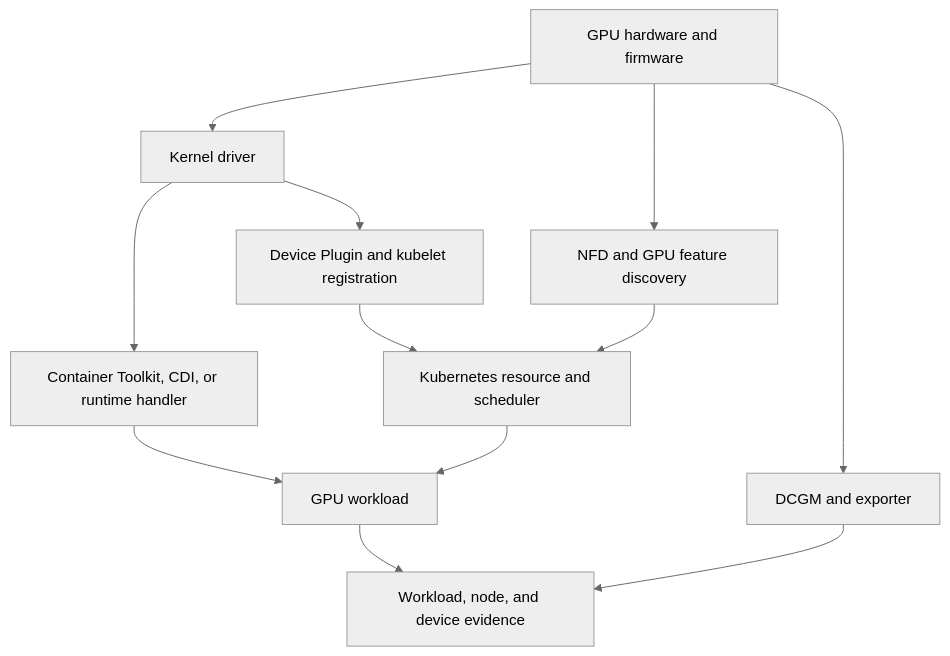
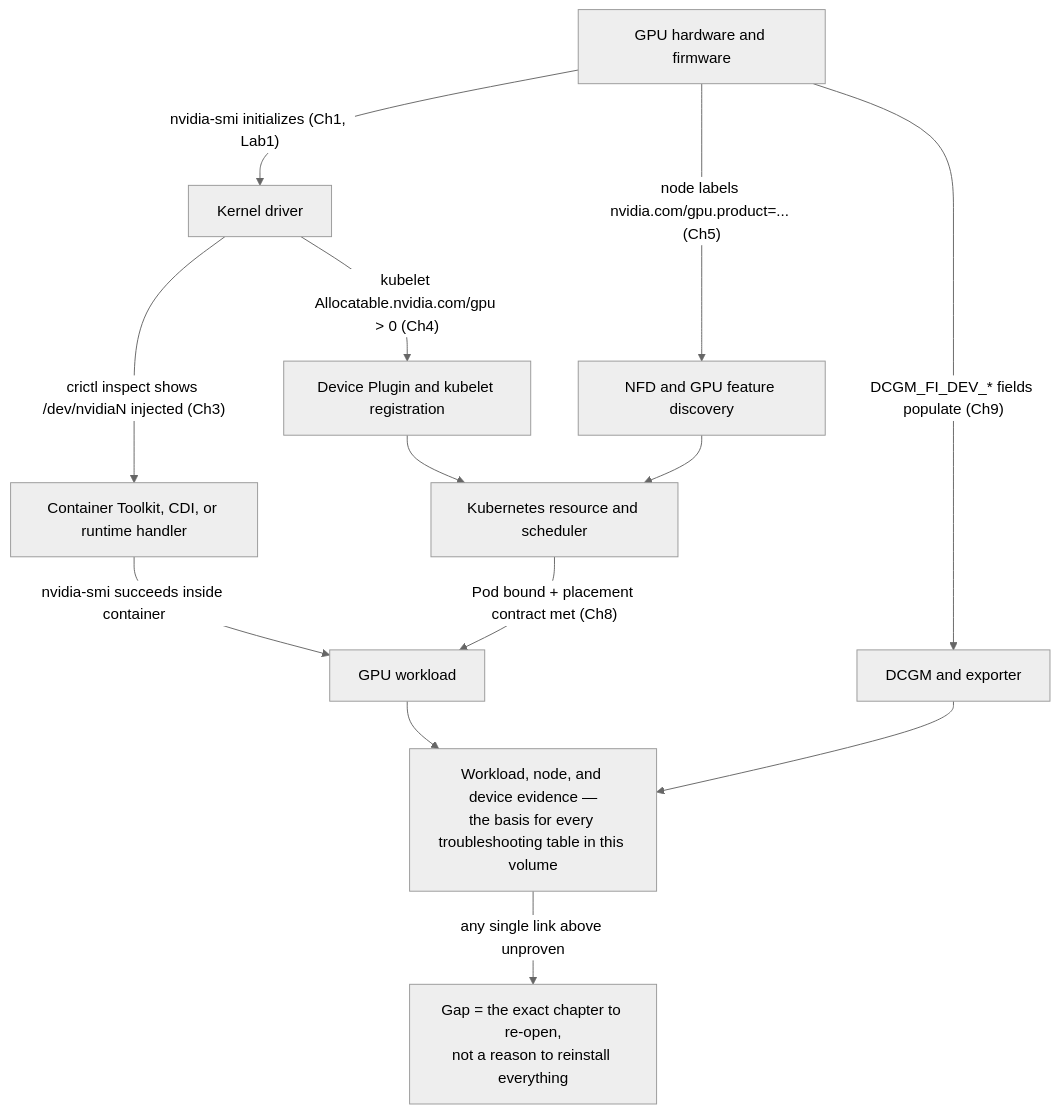
Before and after one commit to jithinpnjm/nvidia-devops: the diagram in docs/nvidia-zero-to-hero/volume-10/chapter-12-volume-10-summary.md, drawn with Mermaid (neutral theme). The commit also changed other lines of this file and 10 other files, not shown here.

````diff
--- a/docs/nvidia-zero-to-hero/volume-10/chapter-12-volume-10-summary.md
+++ b/docs/nvidia-zero-to-hero/volume-10/chapter-12-volume-10-summary.md
@@ -16,14 +16,15 @@
 ```mermaid
 flowchart TD
-    Hardware[GPU hardware and firmware] --> Driver[Kernel driver]
-    Driver --> Runtime[Container Toolkit, CDI, or runtime handler]
-    Driver --> Plugin[Device Plugin and kubelet registration]
-    Hardware --> Discovery[NFD and GPU feature discovery]
-    Runtime --> Workload[GPU workload]
+    Hardware[GPU hardware and firmware] -->|"nvidia-smi initializes (Ch1, Lab1)"| Driver[Kernel driver]
+    Driver -->|"crictl inspect shows /dev/nvidiaN injected (Ch3)"| Runtime[Container Toolkit, CDI, or runtime handler]
+    Driver -->|"kubelet Allocatable.nvidia.com/gpu > 0 (Ch4)"| Plugin[Device Plugin and kubelet registration]
+    Hardware -->|"node labels nvidia.com/gpu.product=... (Ch5)"| Discovery[NFD and GPU feature discovery]
+    Runtime -->|"nvidia-smi succeeds inside container"| Workload[GPU workload]
     Plugin --> Scheduler[Kubernetes resource and scheduler]
     Discovery --> Scheduler
-    Scheduler --> Workload[GPU workload]
-    Hardware --> DCGM[DCGM and exporter]
-    Workload --> Evidence[Workload, node, and device evidence]
+    Scheduler -->|"Pod bound + placement contract met (Ch8)"| Workload
+    Hardware -->|"DCGM_FI_DEV_* fields populate (Ch9)"| DCGM[DCGM and exporter]
+    Workload --> Evidence["Workload, node, and device evidence —\nthe basis for every troubleshooting table in this volume"]
     DCGM --> Evidence
+    Evidence -->|"any single link above unproven"| Gap["Gap = the exact chapter to re-open,\nnot a reason to reinstall everything"]
 ```
````
